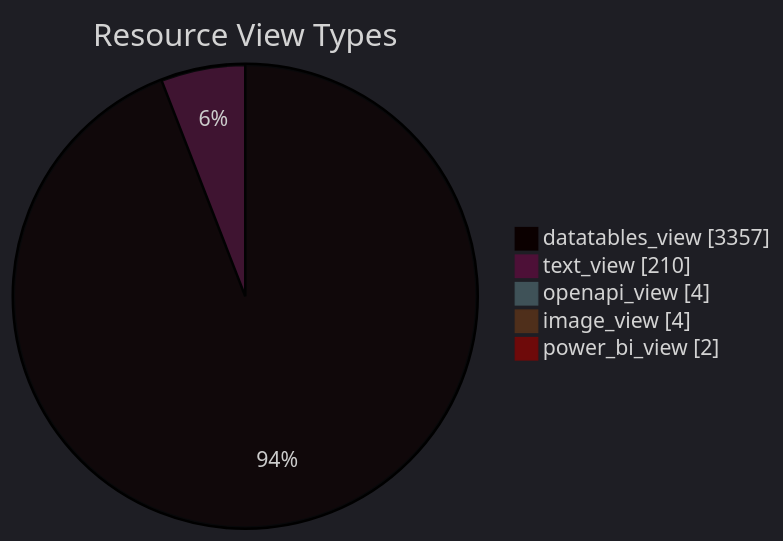
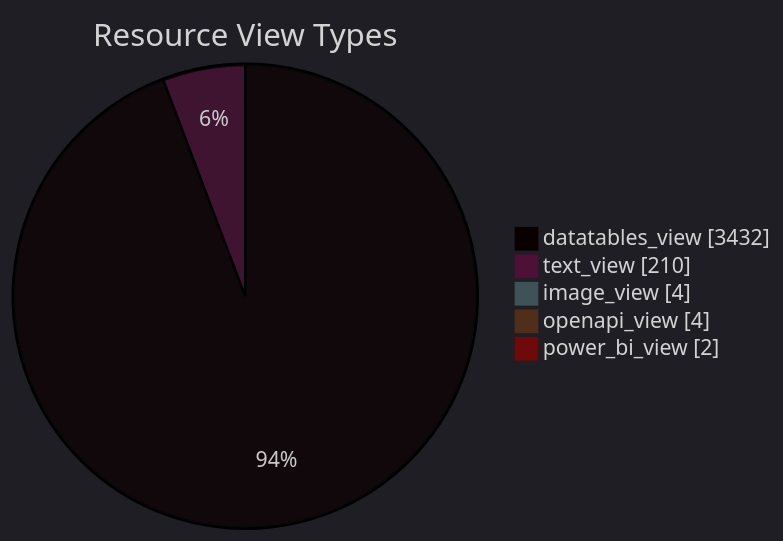
The diagram in datastore_tracker/resource_view_types_pie_chart.md (open-data/analytics-corporate-reporting), drawn with Mermaid before and after one commit. The commit also changed 9 other files, not shown here.

````diff
--- a/datastore_tracker/resource_view_types_pie_chart.md
+++ b/datastore_tracker/resource_view_types_pie_chart.md
@@ -2,12 +2,12 @@
 ```mermaid
 ---
 config:
   theme: dark
 ---
 pie showData title Resource View Types
-    "datatables_view": 3357
+    "datatables_view": 3432
     "text_view": 210
+    "image_view": 4
     "openapi_view": 4
-    "image_view": 4
     "power_bi_view": 2
 ```
````
